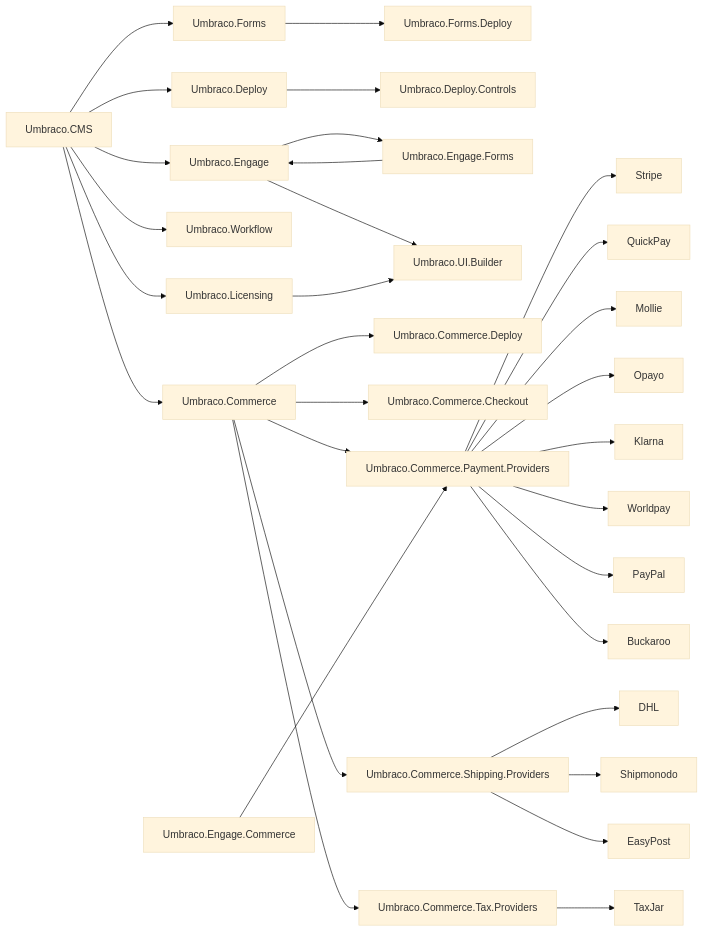
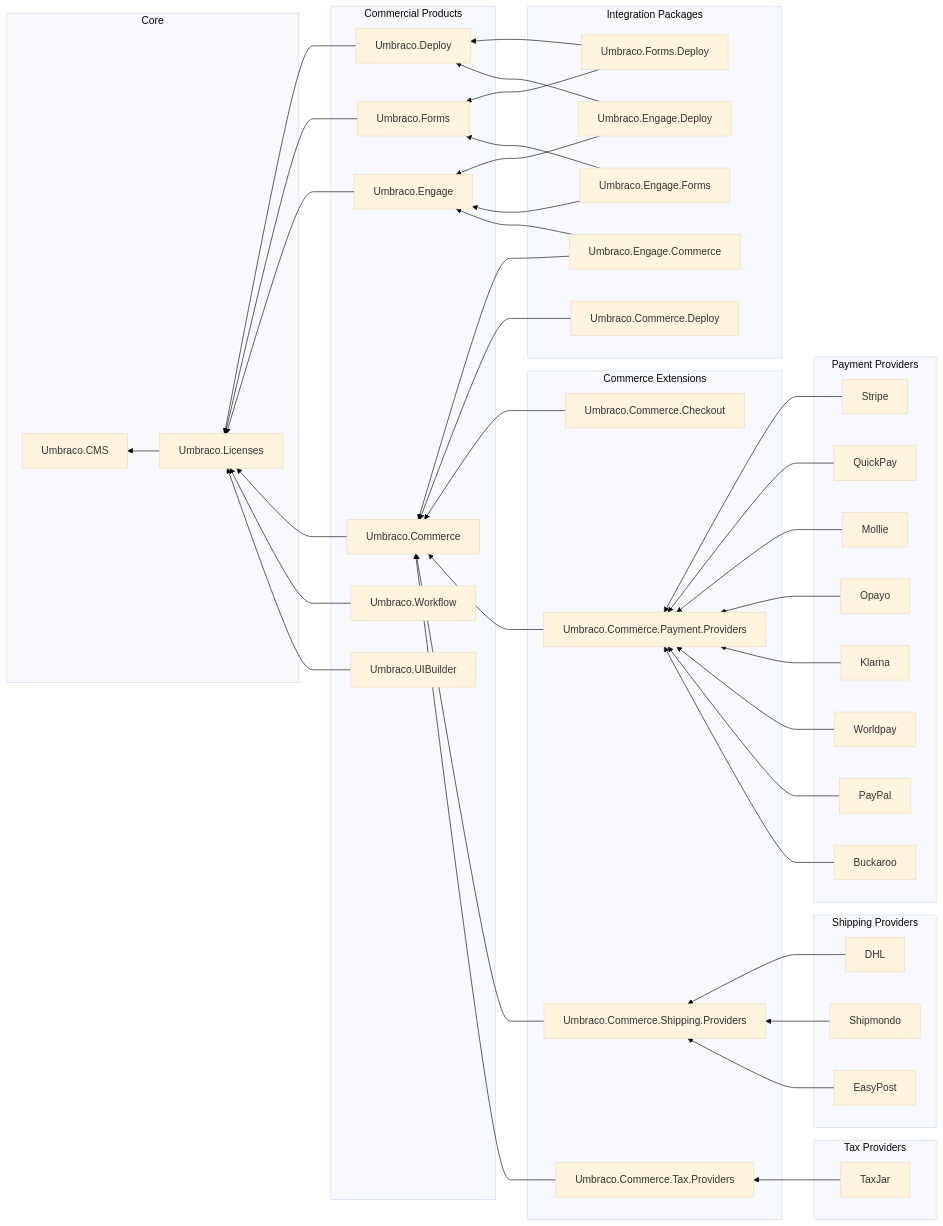
The diagram in marketplace-and-integrations/commercial-product-dependencies.md (umbraco/UmbracoDocs), drawn with Mermaid (base theme) before and after one commit.

````diff
--- a/marketplace-and-integrations/commercial-product-dependencies.md
+++ b/marketplace-and-integrations/commercial-product-dependencies.md
@@ -9,46 +9,69 @@
 ```mermaid
-graph LR
-    CMS["Umbraco.CMS"]
-    
-    CMS --> Forms["Umbraco.Forms"]
-    CMS --> Licensing["Umbraco.Licensing"]
-    CMS --> Deploy["Umbraco.Deploy"]
-    CMS --> Workflow["Umbraco.Workflow"]
-    CMS --> Commerce["Umbraco.Commerce"]
-    
-    Forms --> FormsDeploy["Umbraco.Forms.Deploy"]
-    Deploy --> DeployControls["Umbraco.Deploy.Controls"]
-    
-    Engage["Umbraco.Engage"]
-    Engage --> EngageForms["Umbraco.Engage.Forms"]
-    Engage --> UIBuilder["Umbraco.UI.Builder"]
-    
-    CMS --> Engage
+graph RL
+    subgraph Core
+        CMS["Umbraco.CMS"]
+        Licenses["Umbraco.Licenses"]
+        Licenses --> CMS
+    end
+
+    subgraph "Commercial Products"
+        Deploy["Umbraco.Deploy"]
+        Forms["Umbraco.Forms"]
+        Engage["Umbraco.Engage"]
+        Commerce["Umbraco.Commerce"]
+        Workflow["Umbraco.Workflow"]
+        UIBuilder["Umbraco.UIBuilder"]
+    end
+
+    Deploy --> Licenses
+    Forms --> Licenses
+    Engage --> Licenses
+    Commerce --> Licenses
+    Workflow --> Licenses
+    UIBuilder --> Licenses
+
+    subgraph "Integration Packages"
+        FormsDeploy["Umbraco.Forms.Deploy"]
+        EngageDeploy["Umbraco.Engage.Deploy"]
+        EngageForms["Umbraco.Engage.Forms"]
+        EngageCommerce["Umbraco.Engage.Commerce"]
+        CommerceDeploy["Umbraco.Commerce.Deploy"]
+    end
+
+    FormsDeploy --> Forms
+    FormsDeploy --> Deploy
+    EngageDeploy --> Engage
+    EngageDeploy --> Deploy
     EngageForms --> Engage
-    
-    Licensing --> UIBuilder
-    
-    Commerce --> CommerceDeploy["Umbraco.Commerce.Deploy"]
-    Commerce --> CommerceCheckout["Umbraco.Commerce.Checkout"]
-    Commerce --> CommercePaymentProviders["Umbraco.Commerce.Payment.Providers"]
-    Commerce --> CommerceShippingProviders["Umbraco.Commerce.Shipping.Providers"]
-    Commerce --> CommerceTaxProviders["Umbraco.Commerce.Tax.Providers"]
-    
-    CommercePaymentProviders --> Stripe["Stripe"]
-    CommercePaymentProviders --> QuickPay["QuickPay"]
-    CommercePaymentProviders --> Mollie["Mollie"]
-    CommercePaymentProviders --> Opayo["Opayo"]
-    CommercePaymentProviders --> Klarna["Klarna"]
-    CommercePaymentProviders --> Worldpay["Worldpay"]
-    CommercePaymentProviders --> PayPal["PayPal"]
-    CommercePaymentProviders --> Buckaroo["Buckaroo"]
-    
-    CommerceShippingProviders --> DHL["DHL"]
-    CommerceShippingProviders --> Shipmonodo["Shipmonodo"]
-    CommerceShippingProviders --> EasyPost["EasyPost"]
-    
-    CommerceTaxProviders --> TaxJar["TaxJar"]
-    
-    EngageCommerce["Umbraco.Engage.Commerce"]
-    EngageCommerce --> CommercePaymentProviders
+    EngageForms --> Forms
+    EngageCommerce --> Engage
+    EngageCommerce --> Commerce
+    CommerceDeploy --> Commerce
+
+    subgraph "Commerce Extensions"
+        CommerceCheckout["Umbraco.Commerce.Checkout"]
+        CommercePaymentProviders["Umbraco.Commerce.Payment.Providers"]
+        CommerceShippingProviders["Umbraco.Commerce.Shipping.Providers"]
+        CommerceTaxProviders["Umbraco.Commerce.Tax.Providers"]
+    end
+
+    CommerceCheckout --> Commerce
+    CommercePaymentProviders --> Commerce
+    CommerceShippingProviders --> Commerce
+    CommerceTaxProviders --> Commerce
+
+    subgraph "Payment Providers"
+        Stripe & QuickPay & Mollie & Opayo & Klarna & Worldpay & PayPal & Buckaroo
+    end
+    Stripe & QuickPay & Mollie & Opayo --> CommercePaymentProviders
+    Klarna & Worldpay & PayPal & Buckaroo --> CommercePaymentProviders
+
+    subgraph "Shipping Providers"
+        DHL & Shipmondo & EasyPost
+    end
+    DHL & Shipmondo & EasyPost --> CommerceShippingProviders
+
+    subgraph "Tax Providers"
+        TaxJar --> CommerceTaxProviders
+    end
 ```
````
